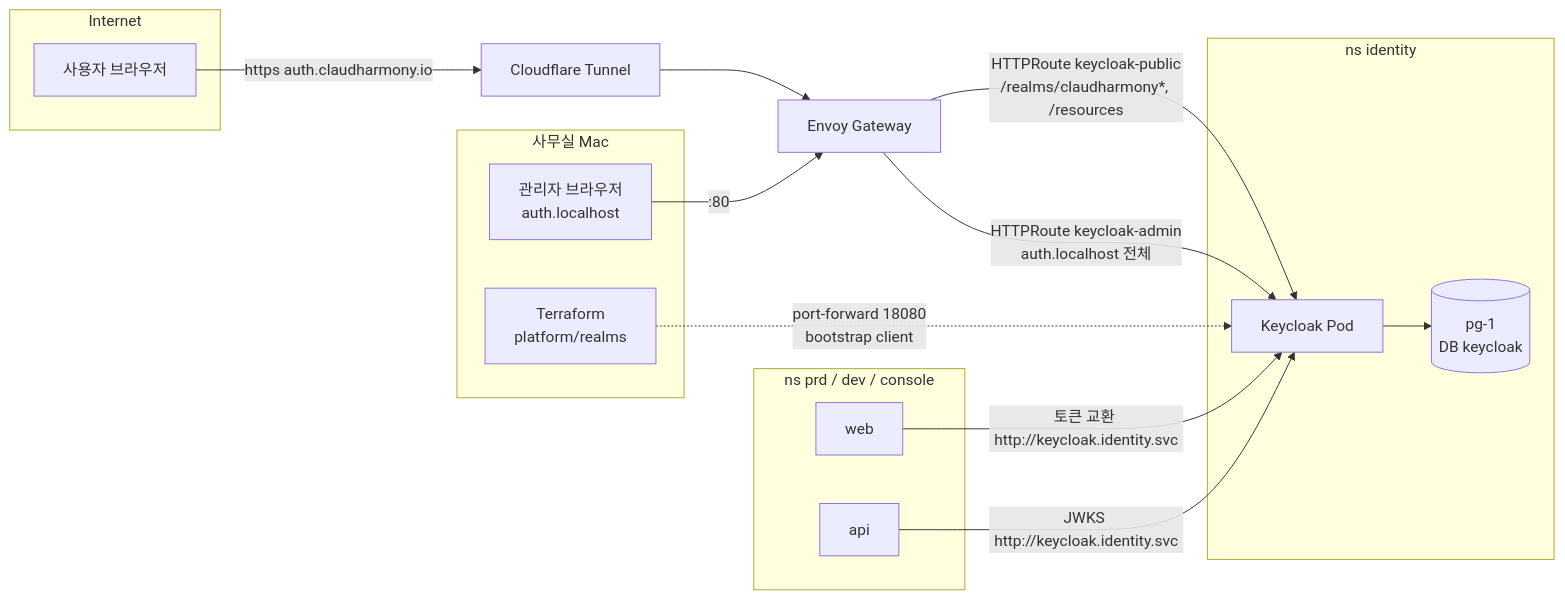
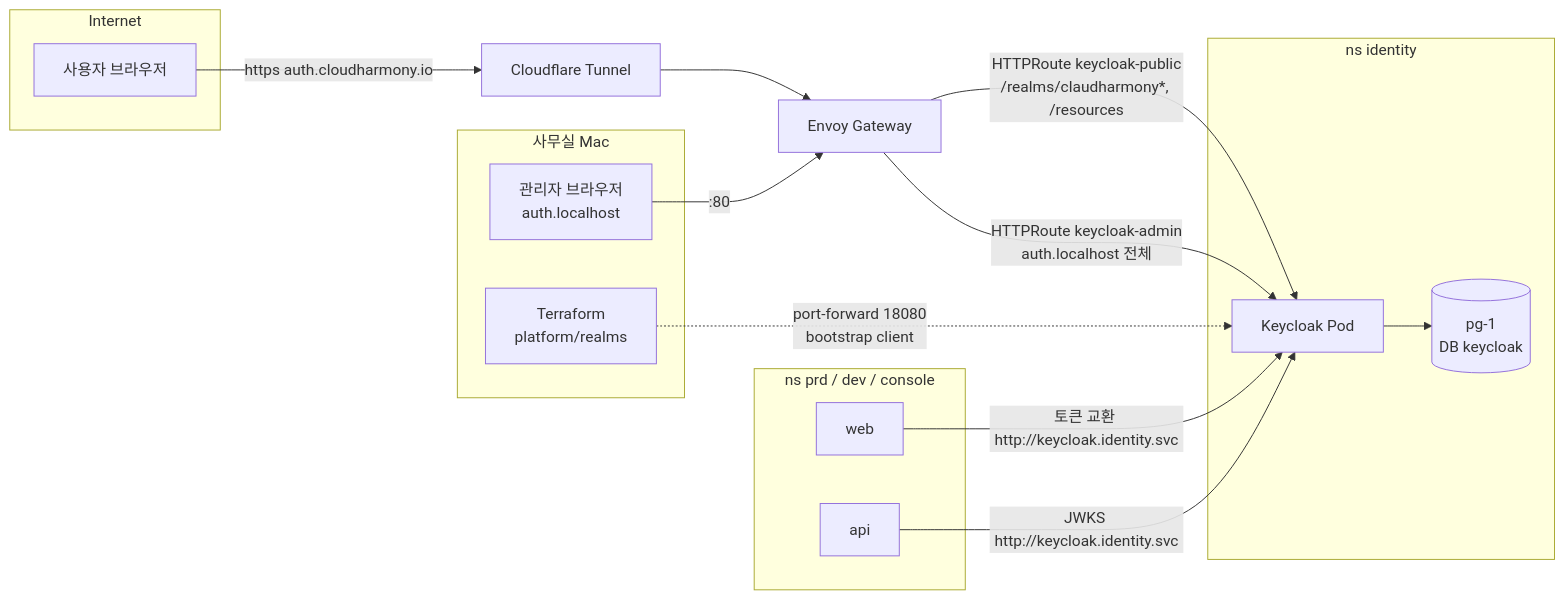
Before and after one commit to ParkSeWoo/claudharmony-infra: the second of 2 diagrams in docs/12-identity.md, drawn with Mermaid. The commit also changed other lines of this file and 10 other files, not shown here.

````diff
--- a/docs/12-identity.md
+++ b/docs/12-identity.md
@@ -51,23 +51,23 @@
 ```mermaid
 flowchart LR
     subgraph Internet
       B[사용자 브라우저]
     end
     subgraph Mac[사무실 Mac]
       AB[관리자 브라우저<br/>auth.localhost]
       TF[Terraform<br/>platform/realms]
     end
-    B -->|https auth.claudharmony.io| CF[Cloudflare Tunnel]
+    B -->|https auth.cloudharmony.io| CF[Cloudflare Tunnel]
     CF --> GW[Envoy Gateway]
     AB -->|:80| GW
     GW -->|HTTPRoute keycloak-public<br/>/realms/claudharmony*, /resources| KC
     GW -->|HTTPRoute keycloak-admin<br/>auth.localhost 전체| KC
     TF -.->|port-forward 18080<br/>bootstrap client| KC
     subgraph identity[ns identity]
       KC[Keycloak Pod] --> PG[(pg-1<br/>DB keycloak)]
     end
     subgraph apps[ns prd / dev / console]
       W[web] -->|토큰 교환 http://keycloak.identity.svc| KC
       A[api] -->|JWKS http://keycloak.identity.svc| KC
     end
 ```
````
